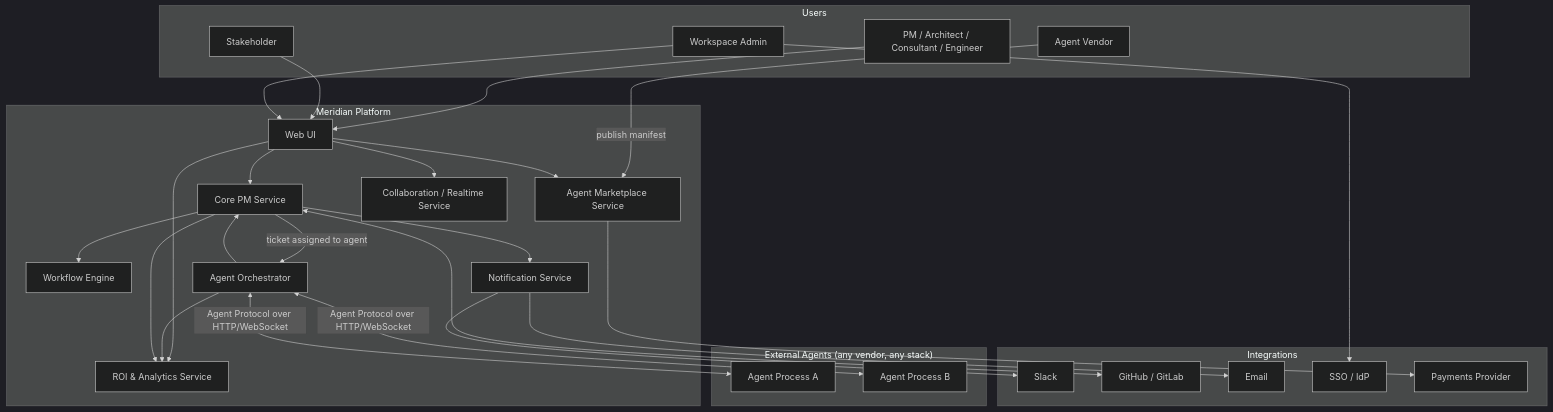
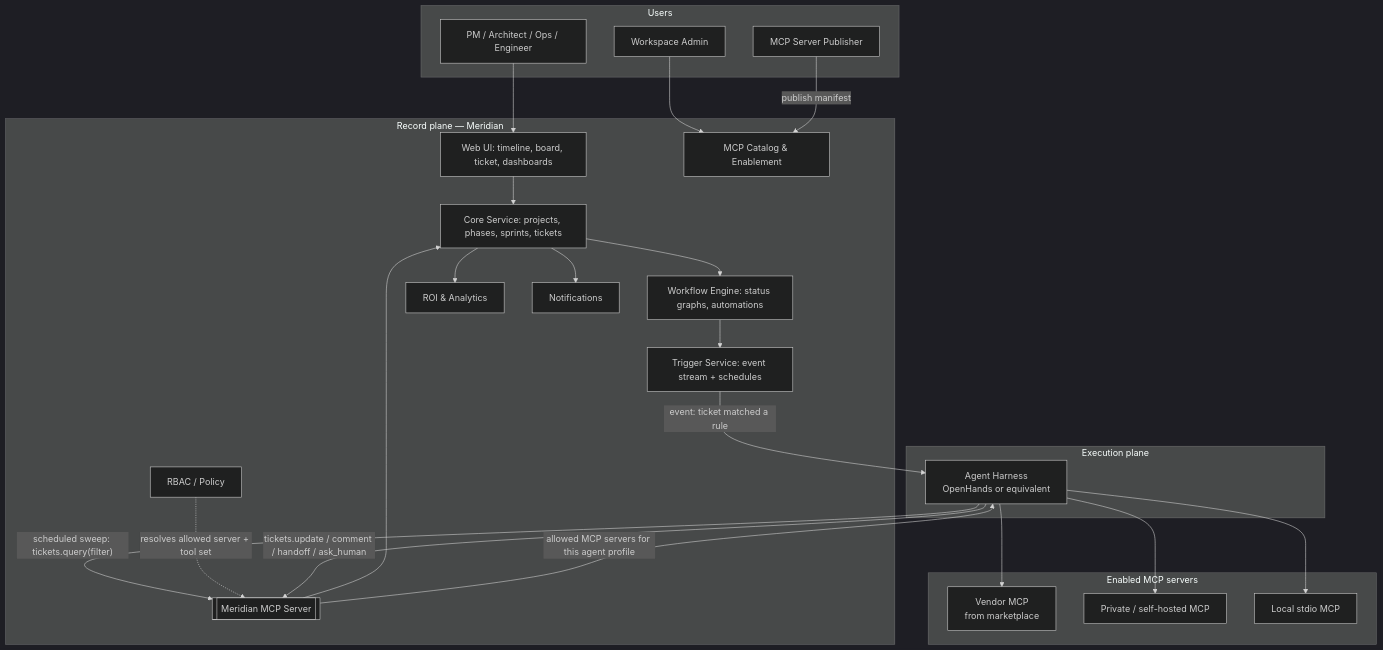
One commit to amishra213/AgentStudio changed the first of 2 diagrams in meridian/docs/01-architecture.md. Above: the diagram before and after it, drawn with Mermaid (dark theme). The commit also changed other lines of this file and 28 other files, not shown here.

````diff
--- a/meridian/docs/01-architecture.md
+++ b/meridian/docs/01-architecture.md
@@ -9,58 +22,46 @@
 ```mermaid
 flowchart TB
     subgraph Users
-        PM[PM / Architect / Consultant / Engineer]
-        Stake[Stakeholder]
+        PM[PM / Architect / Ops / Engineer]
         Admin[Workspace Admin]
-        Vendor[Agent Vendor]
+        Pub[MCP Server Publisher]
     end
 
-    subgraph Meridian["Meridian Platform"]
-        Core[Core PM Service]
-        Wf[Workflow Engine]
-        Mkt[Agent Marketplace Service]
-        Orch[Agent Orchestrator]
-        Collab[Collaboration / Realtime Service]
-        Roi[ROI & Analytics Service]
-        Notif[Notification Service]
-        WebUI[Web UI]
+    subgraph Record["Record plane — Meridian"]
+        WebUI[Web UI: timeline, board, ticket, dashboards]
+        Core[Core Service: projects, phases, sprints, tickets]
+        Wf[Workflow Engine: status graphs, automations]
+        Trig[Trigger Service: event stream + schedules]
+        Cat[MCP Catalog & Enablement]
+        Rbac[RBAC / Policy]
+        Roi[ROI & Analytics]
+        Notif[Notifications]
+        MMCP[["Meridian MCP Server"]]
     end
 
-    subgraph External["External Agents (any vendor, any stack)"]
-        AgentA[Agent Process A]
-        AgentB[Agent Process B]
+    subgraph Exec["Execution plane"]
+        Harness[Agent Harness<br/>OpenHands or equivalent]
     end
 
-    subgraph Integrations
-        Slack
-        GitHubExt[GitHub / GitLab]
-        Email
-        SSO[SSO / IdP]
-        Payments[Payments Provider]
+    subgraph Servers["Enabled MCP servers"]
+        S1[Vendor MCP<br/>from marketplace]
+        S2[Private / self-hosted MCP]
+        S3[Local stdio MCP]
     end
 
-    PM --> WebUI
-    Stake --> WebUI
-    Admin --> WebUI
-    Vendor -->|publish manifest| Mkt
+    PM --> WebUI --> Core
+    Admin --> Cat
+    Pub -->|publish manifest| Cat
 
-    WebUI --> Core
-    WebUI --> Collab
-    WebUI --> Roi
-    WebUI --> Mkt
+    Core --> Wf --> Trig
+    Core --> Roi
+    Core --> Notif
 
-    Core --> Wf
-    Core --> Notif
-    Core -->|ticket assigned to agent| Orch
-    Orch <-->|Agent Protocol over HTTP/WebSocket| AgentA
-    Orch <-->|Agent Protocol over HTTP/WebSocket| AgentB
-    Orch --> Core
-    Orch --> Roi
-
-    Core --> Roi
-    Notif --> Slack
-    Notif --> Email
-    Core <--> GitHubExt
-    Admin --> SSO
-    Mkt --> Payments
+    Trig -->|"event: ticket matched a rule"| Harness
+    Harness -->|"scheduled sweep: tickets.query(filter)"| MMCP
+    MMCP --> Core
+    Rbac -.->|resolves allowed server + tool set| MMCP
+    MMCP -->|"allowed MCP servers for this agent profile"| Harness
+    Harness --> S1 & S2 & S3
+    Harness -->|"tickets.update / comment / handoff / ask_human"| MMCP
 ```
````
